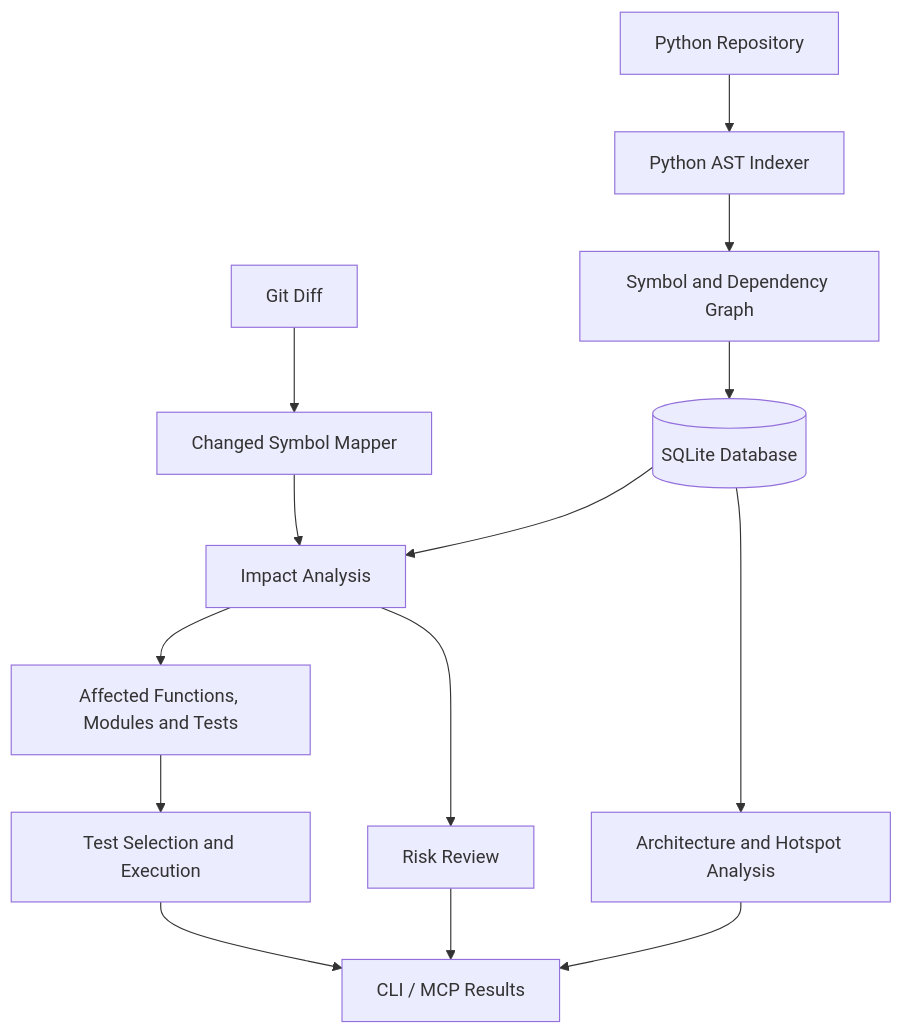
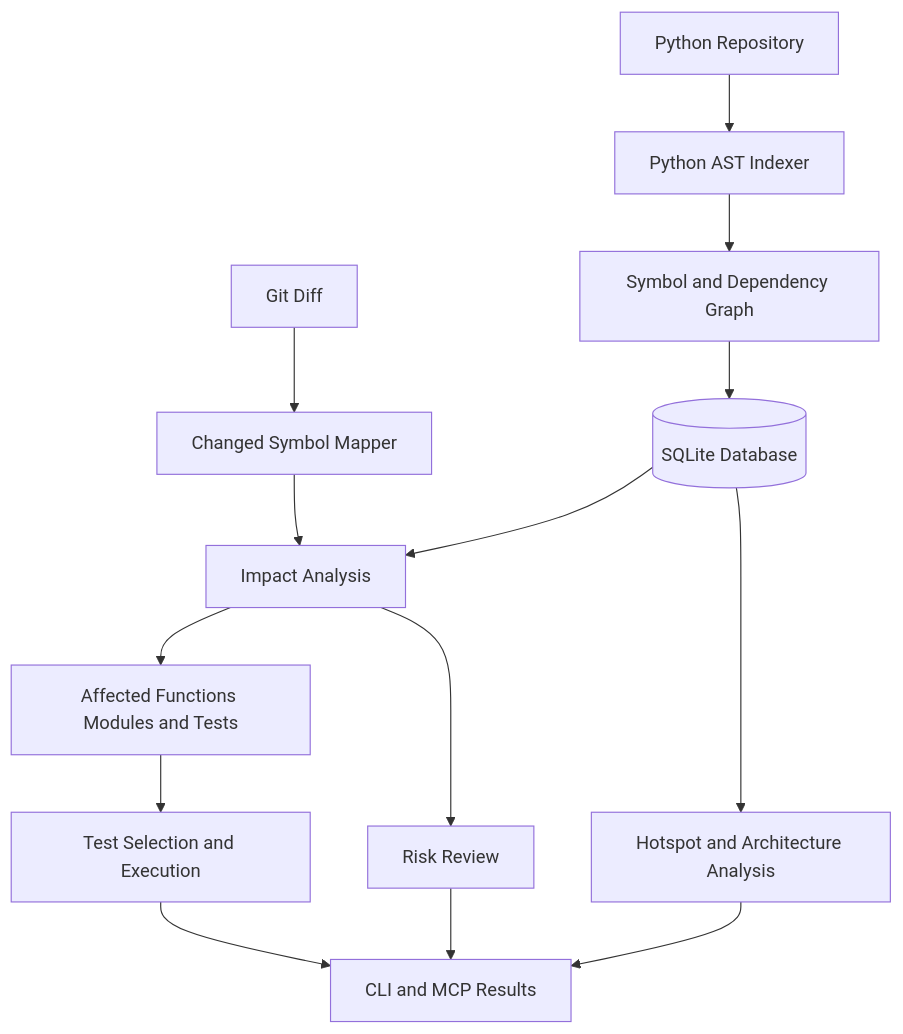
The diagram in README.md (Ommdutta26/CodeAtlas), drawn with Mermaid before and after one commit. The commit also changed other lines of this file, not shown here.

````diff
--- a/README.md
+++ b/README.md
@@ -40,16 +76,21 @@
 ```mermaid
 flowchart TD
     A[Python Repository] --> B[Python AST Indexer]
     G[Git Diff] --> H[Changed Symbol Mapper]
+
     B --> C[Symbol and Dependency Graph]
     C --> D[(SQLite Database)]
+
     H --> E[Impact Analysis]
     D --> E
-    E --> F[Affected Functions, Modules and Tests]
+
+    E --> F[Affected Functions Modules and Tests]
     F --> I[Test Selection and Execution]
-    D --> J[Architecture and Hotspot Analysis]
+
+    D --> J[Hotspot and Architecture Analysis]
     E --> K[Risk Review]
-    I --> L[CLI / MCP Results]
+
+    I --> L[CLI and MCP Results]
     J --> L
     K --> L
 ```
````
